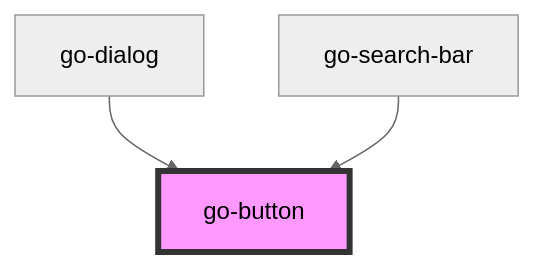
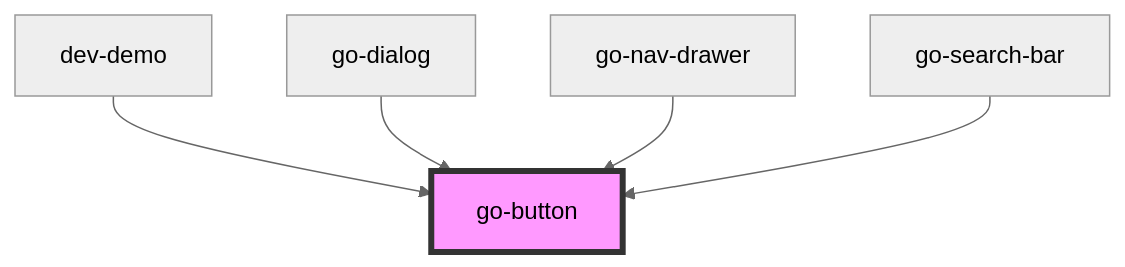
The diagram in src/components/go-button/readme.md (getgoui/go-ui), drawn with Mermaid (neutral theme) before and after one commit. The commit also changed other lines of this file and 11 other files, not shown here.

````diff
--- a/src/components/go-button/readme.md
+++ b/src/components/go-button/readme.md
@@ -40,6 +42,8 @@
 ```mermaid
 graph TD;
+  dev-demo --> go-button
   go-dialog --> go-button
+  go-nav-drawer --> go-button
   go-search-bar --> go-button
   style go-button fill:#f9f,stroke:#333,stroke-width:4px
 ```
````
